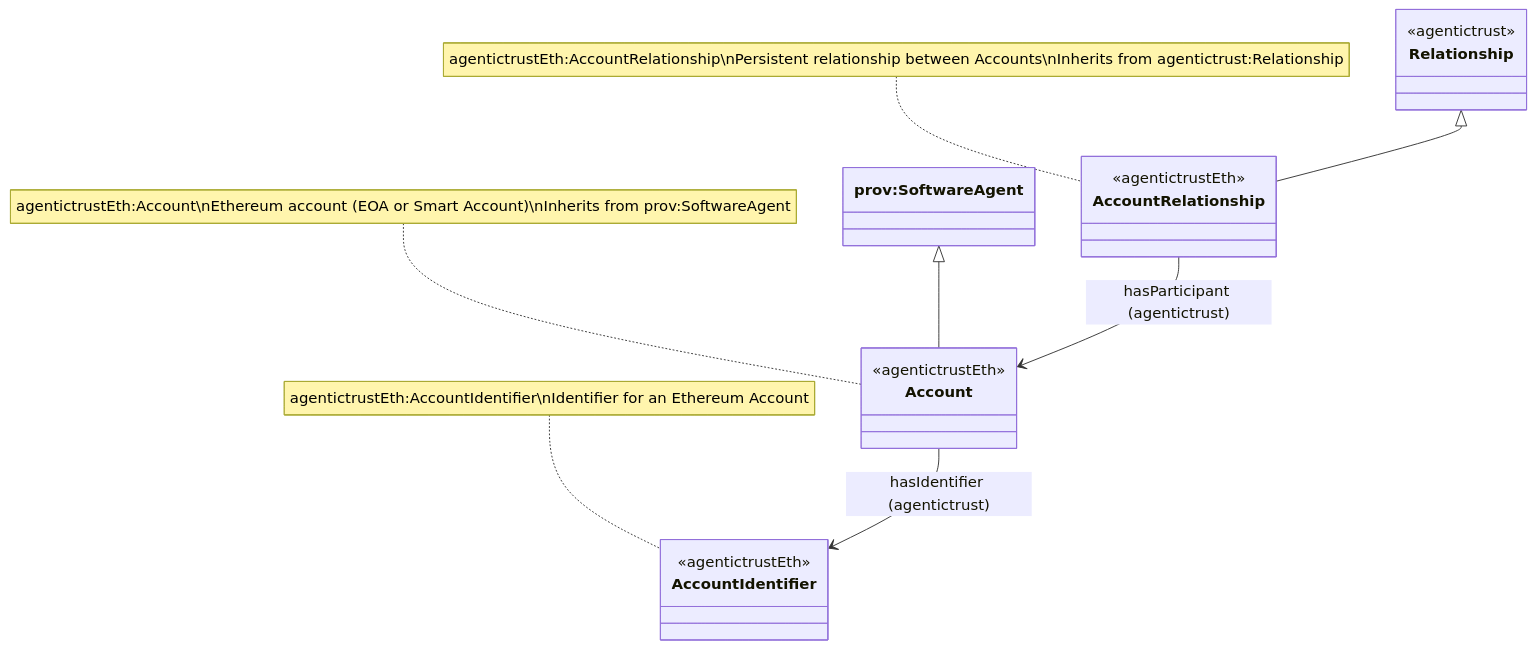
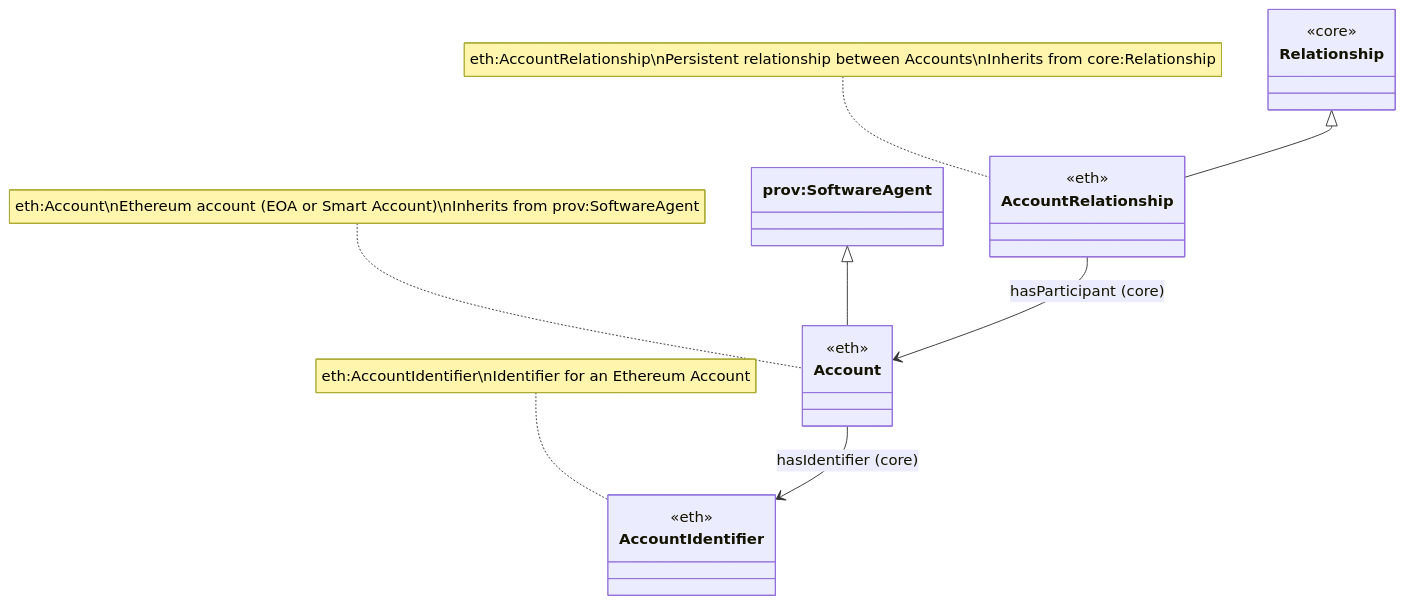
Before and after one commit to Agentic-Trust-Layer/agent-explorer: the second of 3 diagrams in docs/ontology/relationships-roles-participation.md, drawn with Mermaid. The commit also changed other lines of this file and 49 other files, not shown here.

````diff
--- a/docs/ontology/relationships-roles-participation.md
+++ b/docs/ontology/relationships-roles-participation.md
@@ -107,26 +107,26 @@
 ```mermaid
 classDiagram
     class Relationship {
-        <<agentictrust>>
+        <<core>>
     }
     class AccountRelationship {
-        <<agentictrustEth>>
+        <<eth>>
     }
     class Account {
-        <<agentictrustEth>>
+        <<eth>>
     }
     class AccountIdentifier {
-        <<agentictrustEth>>
+        <<eth>>
     }
     class provSoftwareAgent["prov:SoftwareAgent"]
     
     Relationship <|-- AccountRelationship
     provSoftwareAgent <|-- Account
-    Account --> AccountIdentifier : hasIdentifier (agentictrust)
+    Account --> AccountIdentifier : hasIdentifier (core)
     
-    AccountRelationship --> Account : hasParticipant (agentictrust)
+    AccountRelationship --> Account : hasParticipant (core)
     
-    note for Account "agentictrustEth:Account\nEthereum account (EOA or Smart Account)\nInherits from prov:SoftwareAgent"
-    note for AccountRelationship "agentictrustEth:AccountRelationship\nPersistent relationship between Accounts\nInherits from agentictrust:Relationship"
-    note for AccountIdentifier "agentictrustEth:AccountIdentifier\nIdentifier for an Ethereum Account"
+    note for Account "eth:Account\nEthereum account (EOA or Smart Account)\nInherits from prov:SoftwareAgent"
+    note for AccountRelationship "eth:AccountRelationship\nPersistent relationship between Accounts\nInherits from core:Relationship"
+    note for AccountIdentifier "eth:AccountIdentifier\nIdentifier for an Ethereum Account"
 ```
````
